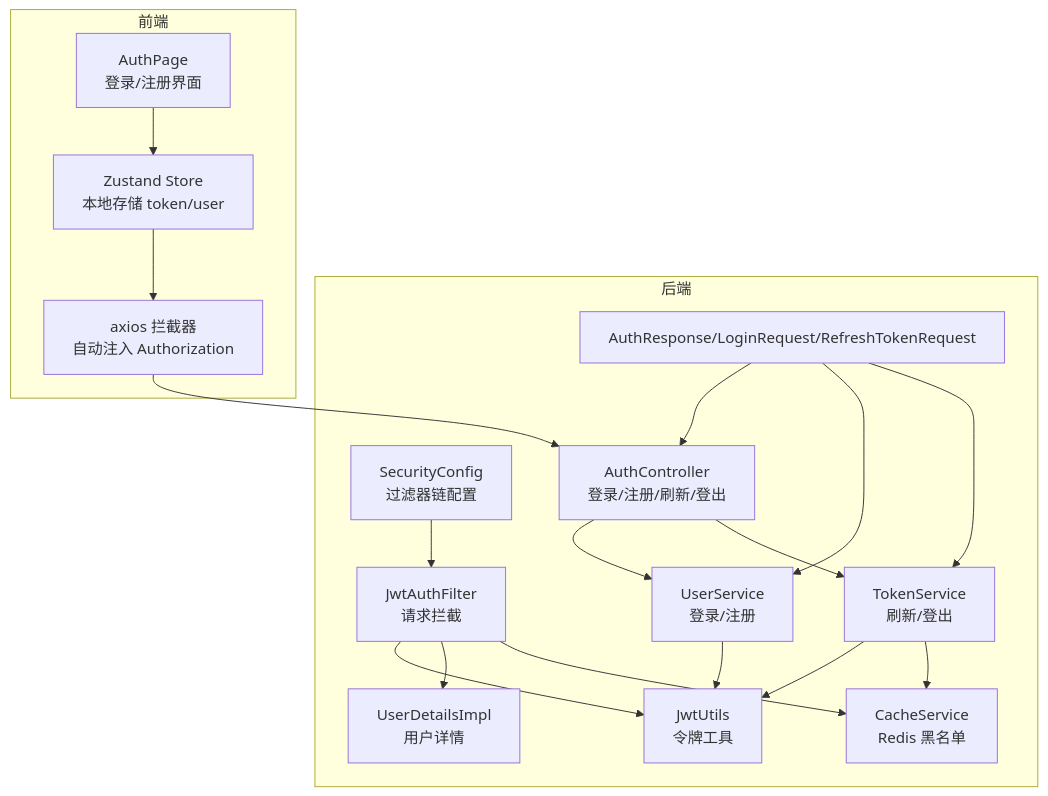
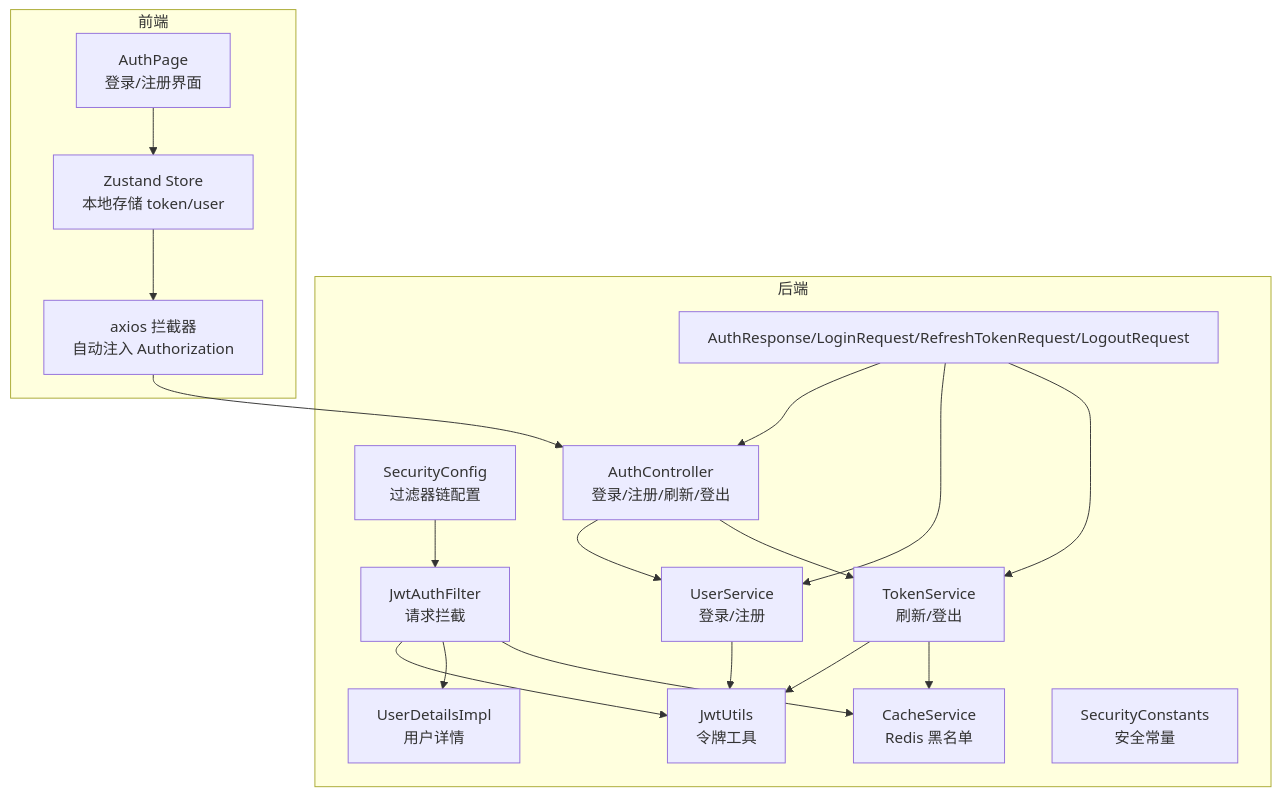
Before and after one commit to PersonNoName/FreeTrader: the first of 8 diagrams in .qoder/repowiki/zh/content/安全系统/JWT 认证机制.md, drawn with Mermaid. The commit also changed other lines of this file and 10 other files, not shown here.

````diff
--- a/.qoder/repowiki/zh/content/安全系统/JWT 认证机制.md
+++ b/.qoder/repowiki/zh/content/安全系统/JWT 认证机制.md
@@ -42,34 +54,35 @@
 ```mermaid
 graph TB
 subgraph "后端"
 CFG["SecurityConfig<br/>过滤器链配置"]
 FIL["JwtAuthFilter<br/>请求拦截"]
 UTL["JwtUtils<br/>令牌工具"]
 USI["UserDetailsImpl<br/>用户详情"]
 SVC["UserService<br/>登录/注册"]
 TSVC["TokenService<br/>刷新/登出"]
 CSVC["CacheService<br/>Redis 黑名单"]
 CTRL["AuthController<br/>登录/注册/刷新/登出"]
-DTO["AuthResponse/LoginRequest/RefreshTokenRequest"]
+DTO["AuthResponse/LoginRequest/RefreshTokenRequest/LogoutRequest"]
+CONST["SecurityConstants<br/>安全常量"]
 end
 subgraph "前端"
 AX["axios 拦截器<br/>自动注入 Authorization"]
 ZS["Zustand Store<br/>本地存储 token/user"]
 UI["AuthPage<br/>登录/注册界面"]
 end
 CFG --> FIL
 FIL --> UTL
 FIL --> USI
 FIL --> CSVC
 CTRL --> SVC
 CTRL --> TSVC
 SVC --> UTL
 TSVC --> UTL
 TSVC --> CSVC
 DTO --> CTRL
 DTO --> SVC
 DTO --> TSVC
 AX --> CTRL
 ZS --> AX
 UI --> ZS
 ```
````
